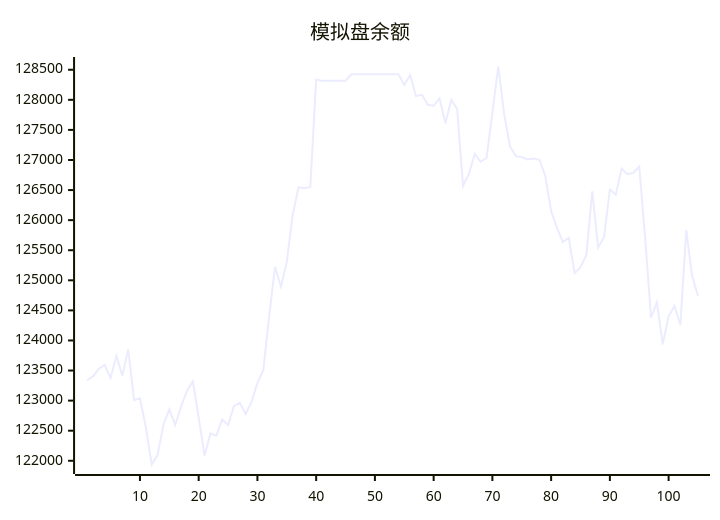
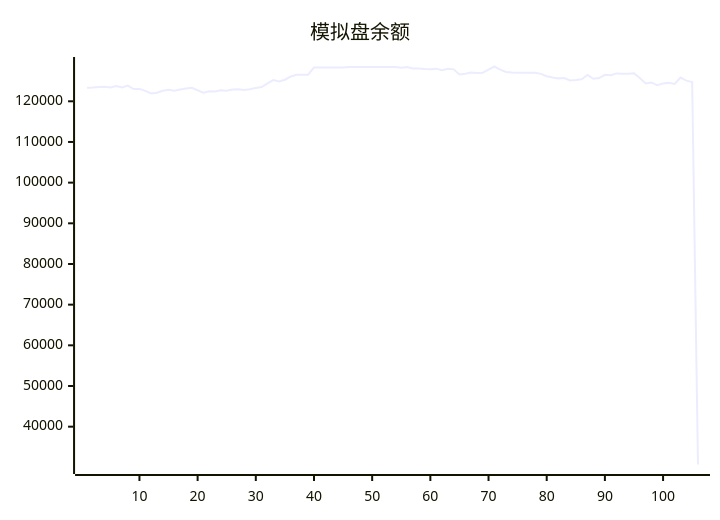
The diagram in README.md (aahl/ai-trading), drawn with Mermaid before and after one commit. The commit also changed other lines of this file and 1 other file, not shown here.

````diff
--- a/README.md
+++ b/README.md
@@ -5,5 +5,5 @@
 ```mermaid
 xychart
     title "模拟盘余额"
-    line [123338,123402,123530,123592,123378,123745,123413,123853,123009,123040,122557,121938,122095,122599,122856,122597,122898,123160,123319,122719,122087,122454,122416,122685,122592,122907,122961,122776,122981,123295,123507,124403,125224,124894,125303,126088,126544,126534,126549,128335,128318,128318,128318,128318,128318,128424,128424,128424,128424,128424,128424,128424,128424,128424,128247,128412,128062,128087,127917,127901,128026,127611,128000,127850,126572,126770,127100,126971,127029,127783,128554,127765,127224,127064,127044,127009,127025,127004,126738,126152,125871,125635,125707,125117,125217,125420,126480,125545,125715,126511,126424,126856,126764,126788,126890,125710,124381,124632,123936,124402,124574,124256,125833,125070,124739]
+    line [123338,123402,123530,123592,123378,123745,123413,123853,123009,123040,122557,121938,122095,122599,122856,122597,122898,123160,123319,122719,122087,122454,122416,122685,122592,122907,122961,122776,122981,123295,123507,124403,125224,124894,125303,126088,126544,126534,126549,128335,128318,128318,128318,128318,128318,128424,128424,128424,128424,128424,128424,128424,128424,128424,128247,128412,128062,128087,127917,127901,128026,127611,128000,127850,126572,126770,127100,126971,127029,127783,128554,127765,127224,127064,127044,127009,127025,127004,126738,126152,125871,125635,125707,125117,125217,125420,126480,125545,125715,126511,126424,126856,126764,126788,126890,125710,124381,124632,123936,124402,124574,124256,125833,125070,124739,30700]
 ```
````
